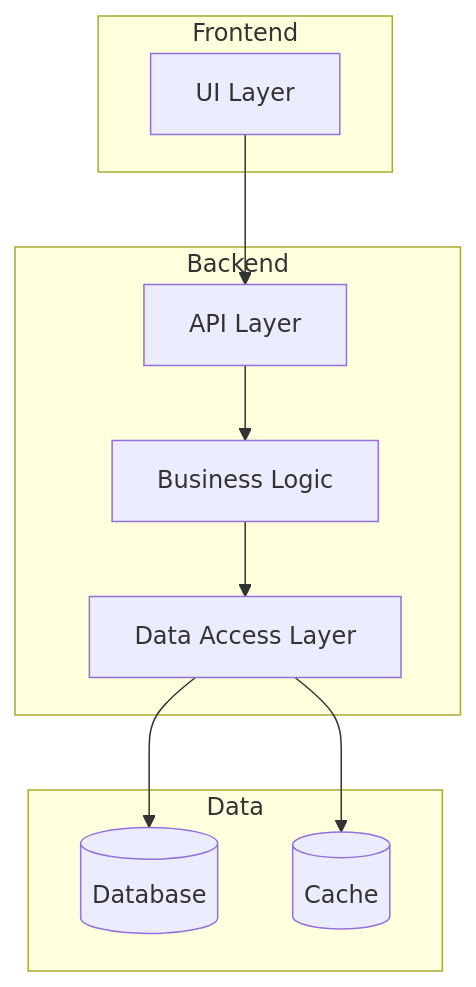
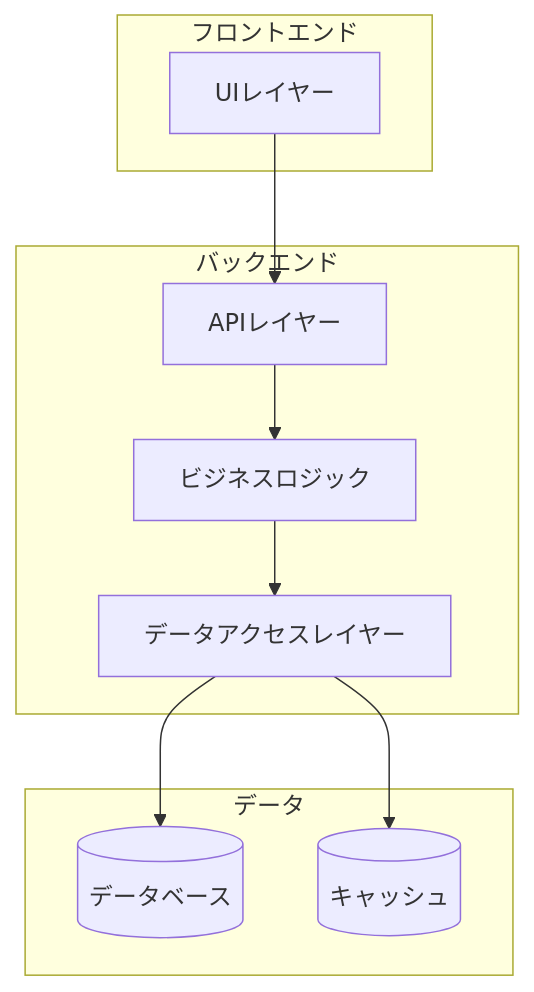
Before and after one commit to DIO0550/d-market: the second of 6 diagrams in plugins/spec-plugin/skills/system-design/assets/templates/system-design.md, drawn with Mermaid. The commit also changed other lines of this file and 16 other files, not shown here.

````diff
--- a/plugins/spec-plugin/skills/system-design/assets/templates/system-design.md
+++ b/plugins/spec-plugin/skills/system-design/assets/templates/system-design.md
@@ -41,21 +41,21 @@
 ```mermaid
 graph TB
-    subgraph Frontend
-        UI[UI Layer]
+    subgraph フロントエンド
+        UI[UIレイヤー]
     end
-    subgraph Backend
-        API[API Layer]
-        BL[Business Logic]
-        DAL[Data Access Layer]
+    subgraph バックエンド
+        API[APIレイヤー]
+        BL[ビジネスロジック]
+        DAL[データアクセスレイヤー]
     end
-    subgraph Data
-        DB[(Database)]
-        Cache[(Cache)]
+    subgraph データ
+        DB[(データベース)]
+        Cache[(キャッシュ)]
     end
 
     UI --> API
     API --> BL
     BL --> DAL
     DAL --> DB
     DAL --> Cache
 ```
````
